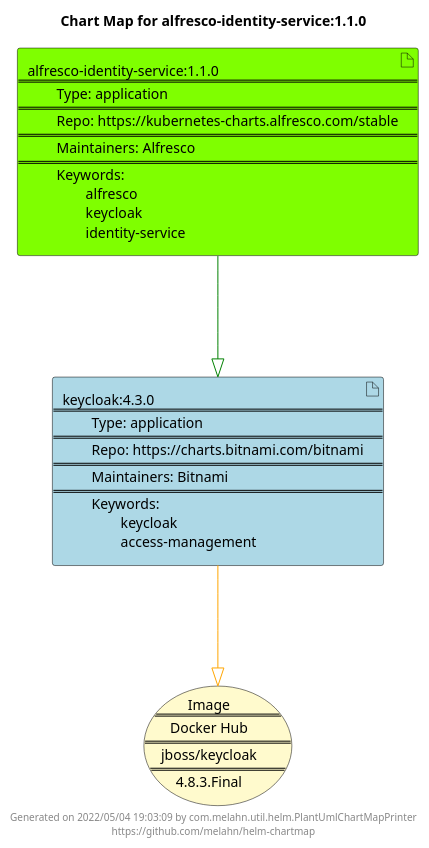
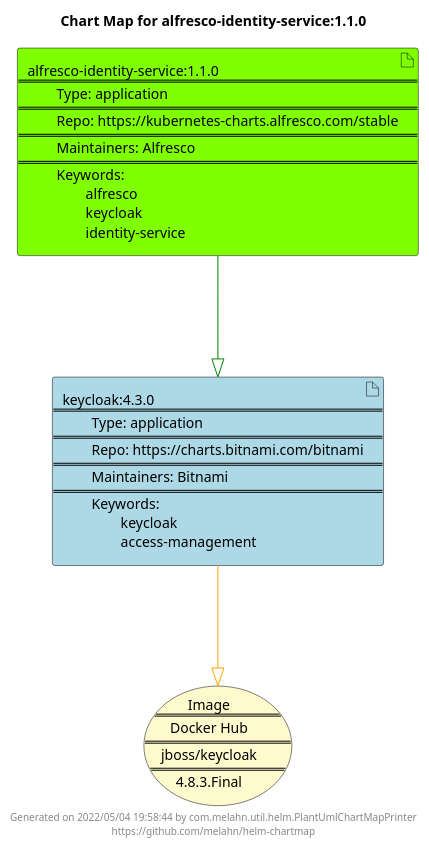
The diagram in docs/alfresco-identity-service/alfresco-identity-service-1.1.0.puml (melahn/helm-chartmap), drawn with PlantUML before and after one commit. The commit also changed 56 other files, not shown here.

Commit message:
Update Example Chart Maps as part of GitHub build

```diff
--- a/docs/alfresco-identity-service/alfresco-identity-service-1.1.0.puml
+++ b/docs/alfresco-identity-service/alfresco-identity-service-1.1.0.puml
@@ -1,23 +1,23 @@
 @startuml
 skinparam linetype ortho
 skinparam backgroundColor white
 skinparam usecaseBorderColor black
 skinparam usecaseArrowColor LightSlateGray
 skinparam artifactBorderColor black
 skinparam artifactArrowColor LightSlateGray
 
 title Chart Map for alfresco-identity-service:1.1.0
 
 'There are 2 referenced Helm Charts
 artifact "alfresco-identity-service:1.1.0\n====\n\tType: application\n====\n\tRepo: https://kubernetes-charts.alfresco.com/stable\n====\n\tMaintainers: Alfresco\n====\n\tKeywords: \n\t\talfresco\n\t\tkeycloak\n\t\tidentity-service" as alfresco_identity_service_1_1_0 #Chartreuse
 artifact "keycloak:4.3.0\n====\n\tType: application\n====\n\tRepo: https://charts.bitnami.com/bitnami\n====\n\tMaintainers: Bitnami\n====\n\tKeywords: \n\t\tkeycloak\n\t\taccess-management" as keycloak_4_3_0 #LightBlue
 
 'There is one referenced Docker Image
 usecase "Image\n====\nDocker Hub\n====\njboss/keycloak\n====\n4.8.3.Final" as jboss_keycloak_4_8_3_Final #LemonChiffon
 
 'Chart Dependencies
 alfresco_identity_service_1_1_0--[#green]-|>keycloak_4_3_0
 keycloak_4_3_0--[#orange]-|>jboss_keycloak_4_8_3_Final
 
-center footer Generated on 2022/05/04 19:03:09 by com.melahn.util.helm.PlantUmlChartMapPrinter\nhttps://github.com/melahn/helm-chartmap
+center footer Generated on 2022/05/04 19:58:44 by com.melahn.util.helm.PlantUmlChartMapPrinter\nhttps://github.com/melahn/helm-chartmap
 @enduml
```
